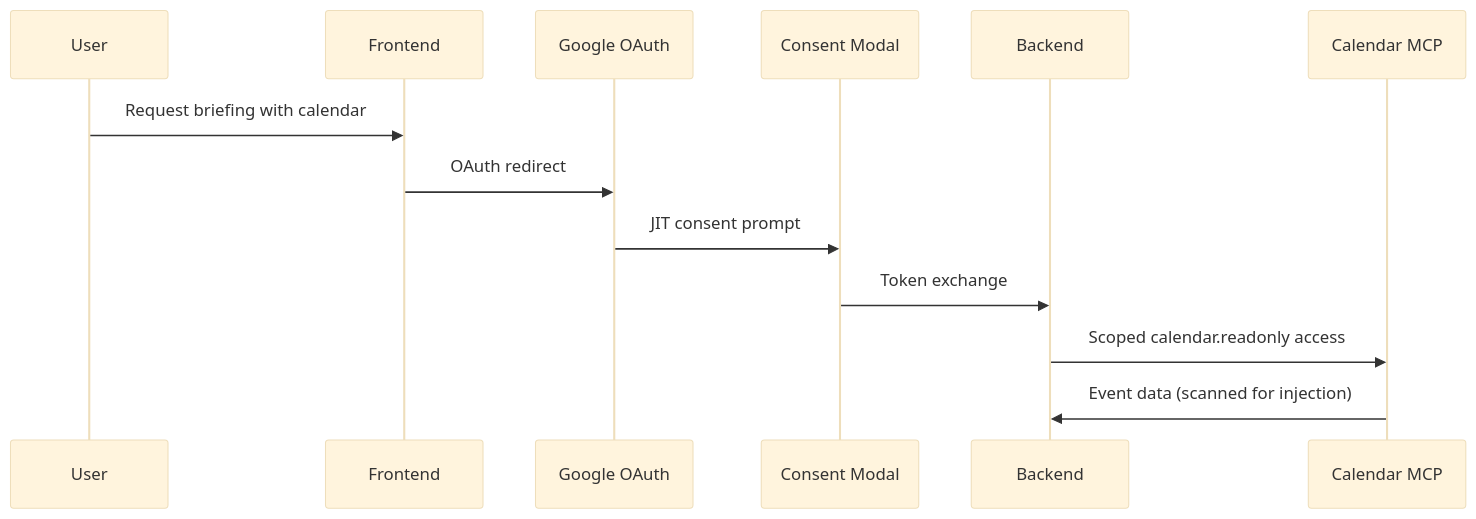
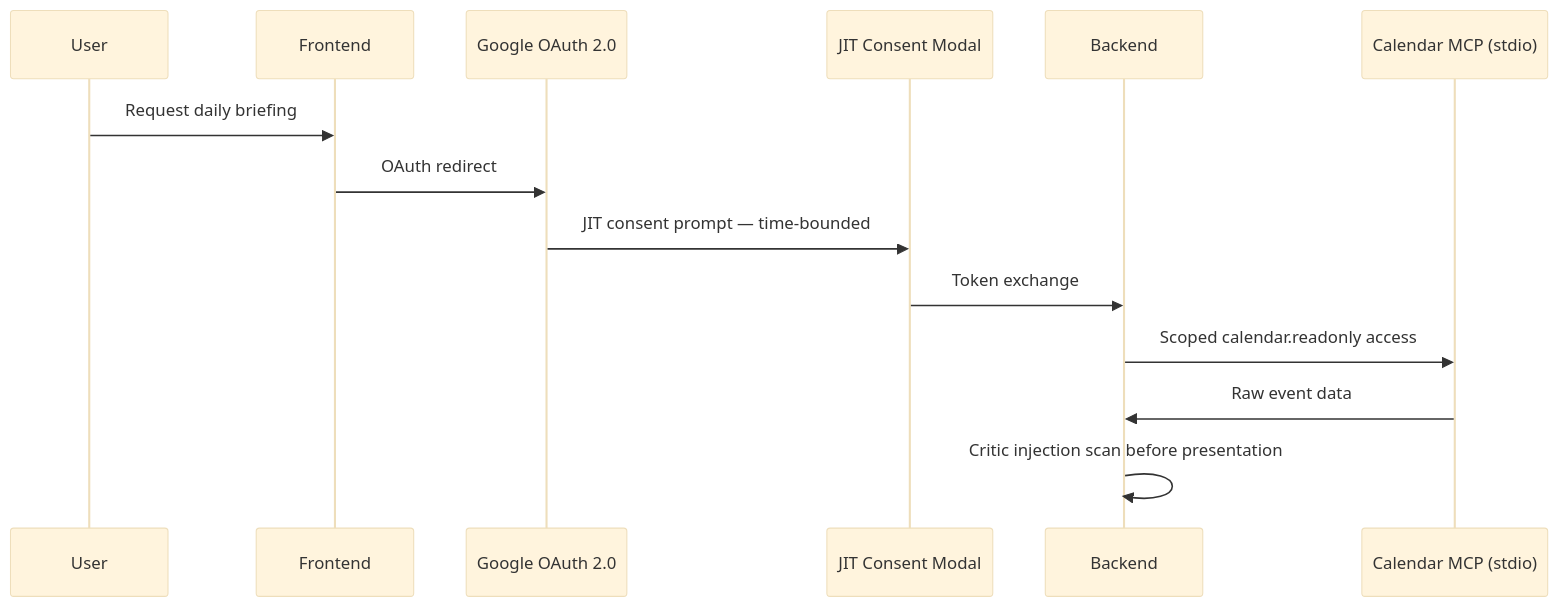
Before and after one commit to qasirdev/daily-briefing: the third of 3 diagrams in docs/SECURITY.md, drawn with Mermaid (base theme). The commit also changed other lines of this file and 1 other file, not shown here.

````diff
--- a/docs/SECURITY.md
+++ b/docs/SECURITY.md
@@ -409,16 +403,17 @@
 ```mermaid
 sequenceDiagram
     participant User
     participant Frontend
-    participant Google as Google OAuth
-    participant Consent as Consent Modal
+    participant Google as Google OAuth 2.0
+    participant Consent as JIT Consent Modal
     participant Backend
-    participant MCP as Calendar MCP
+    participant MCP as Calendar MCP (stdio)
 
-    User->>Frontend: Request briefing with calendar
+    User->>Frontend: Request daily briefing
     Frontend->>Google: OAuth redirect
-    Google->>Consent: JIT consent prompt
+    Google->>Consent: JIT consent prompt — time-bounded
     Consent->>Backend: Token exchange
     Backend->>MCP: Scoped calendar.readonly access
-    MCP->>Backend: Event data (scanned for injection)
+    MCP->>Backend: Raw event data
+    Backend->>Backend: Critic injection scan before presentation
 ```
````
